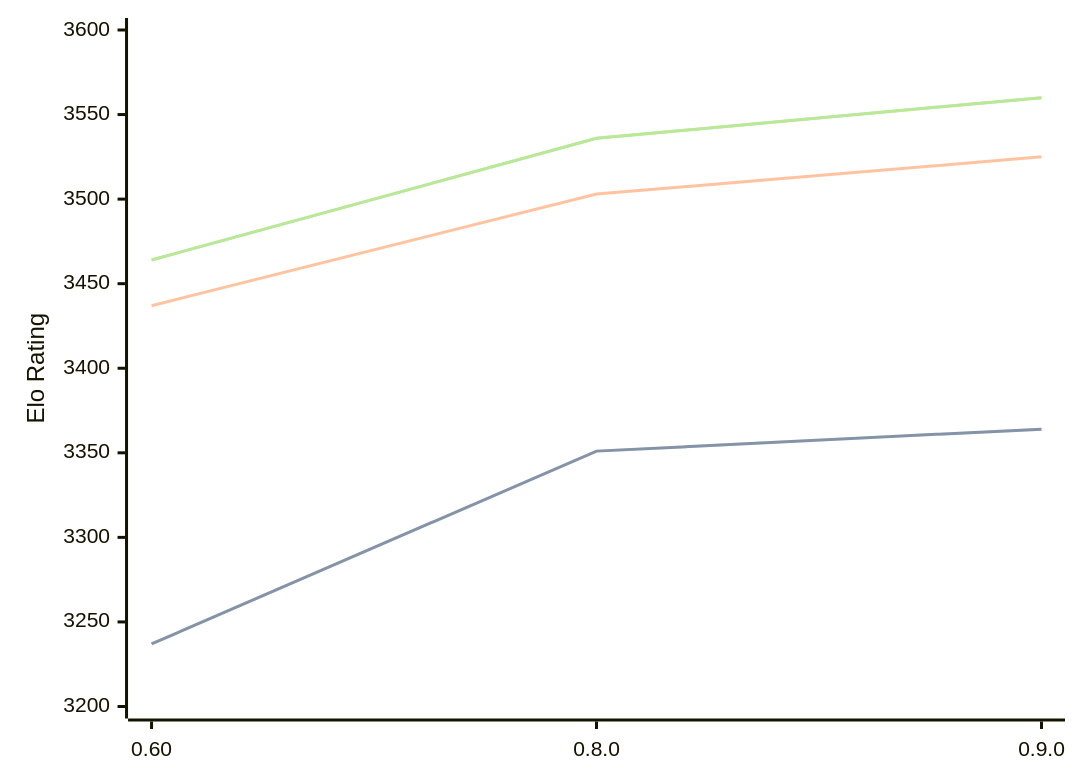
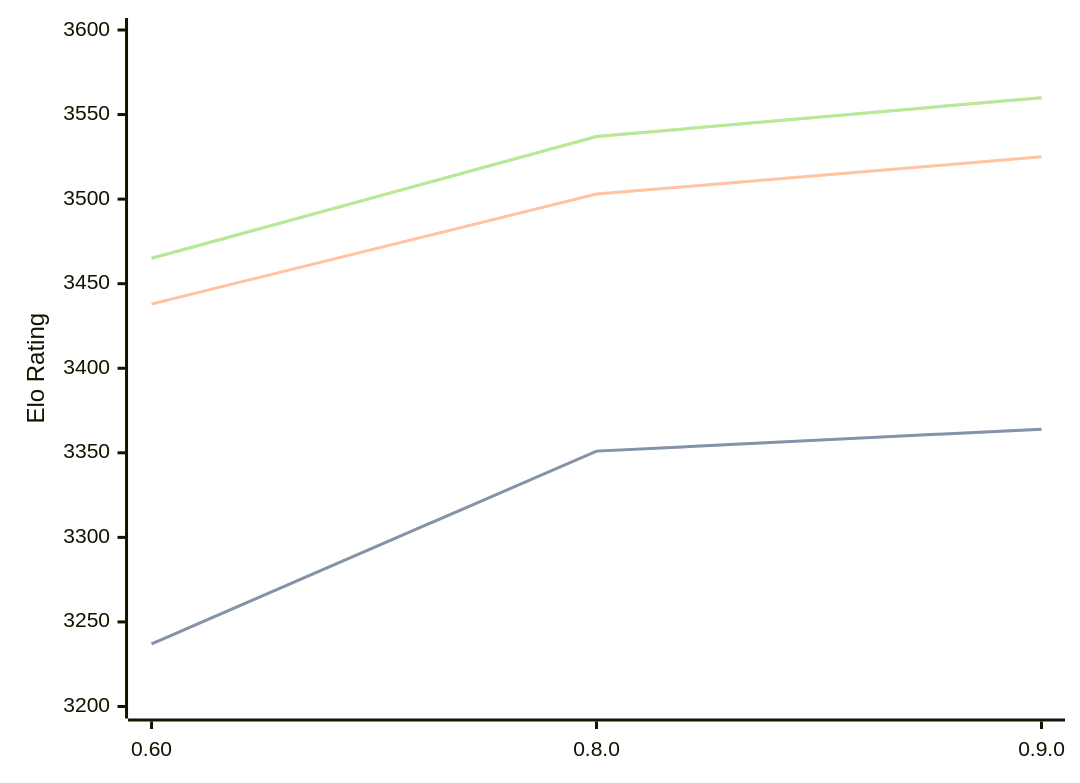
One commit to computer-chess-index/cci changed the diagram in engines/Motor.md. Above: the diagram before and after it, drawn with Mermaid. The commit also changed other lines of this file, not shown here.

Commit message:
Update CCI Ratings (ELO VLTC) - 2026-04-12

````diff
--- a/engines/Motor.md
+++ b/engines/Motor.md
@@ -39,11 +39,11 @@
 ```mermaid
 %%{init: {"theme":"base","themeVariables":{"seriesColors:['#a3a3a3','#222221','#faa371']}}}%%
 xychart-beta
   x-axis ["0.60", "0.8.0", "0.9.0"]
   y-axis "Elo Rating" 3200 --> 3600
   line "STC (8.0+0.08s)" [3237, 3351, 3364]
   line "STC (8.0+0.08s)" [3237, 3351, 3364]
-  line "LTC (60.0+0.60s)" [3437, 3503, 3525]
-  line "VLTC (2m24s+1.12s)" [3464, 3536, 3560]
-  line "VLTC (2m24s+1.12s)" [3464, 3536, 3560]
+  line "LTC (60.0+0.60s)" [3438, 3503, 3525]
+  line "VLTC (2m24s+1.12s)" [3465, 3537, 3560]
+  line "VLTC (2m24s+1.12s)" [3465, 3537, 3560]
 ```
````
